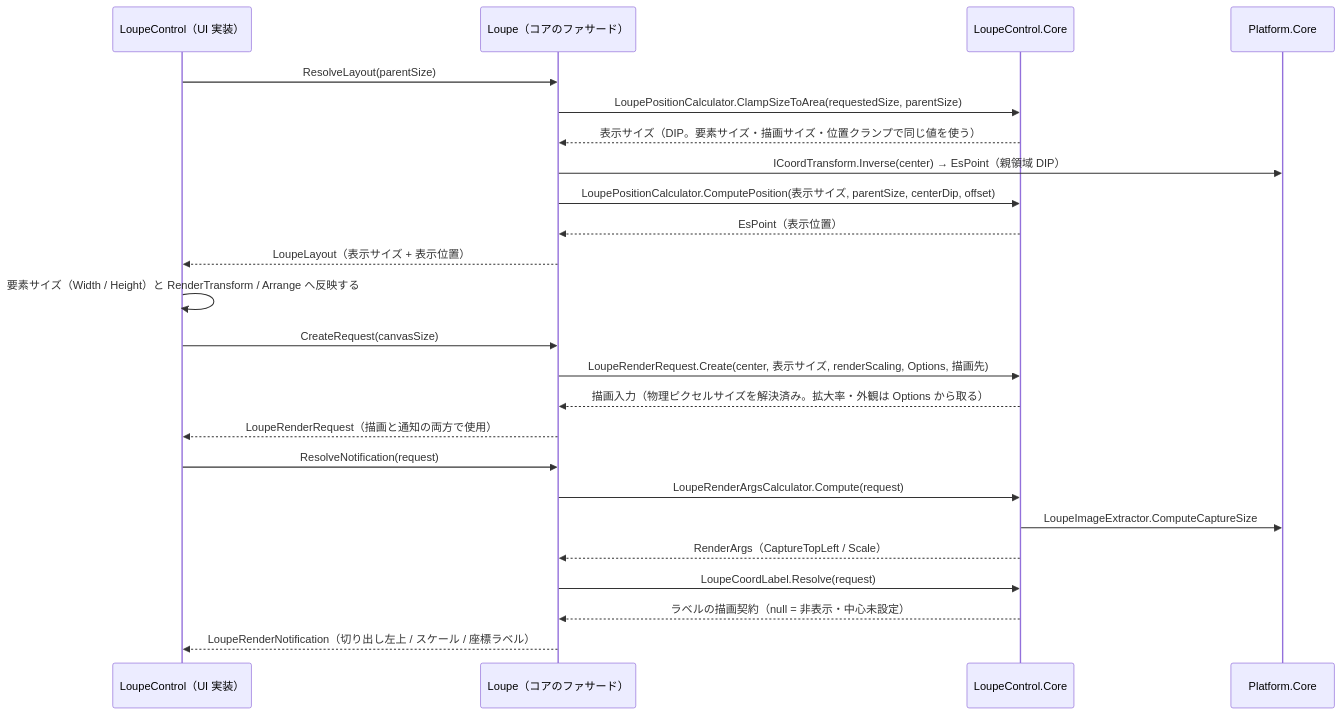
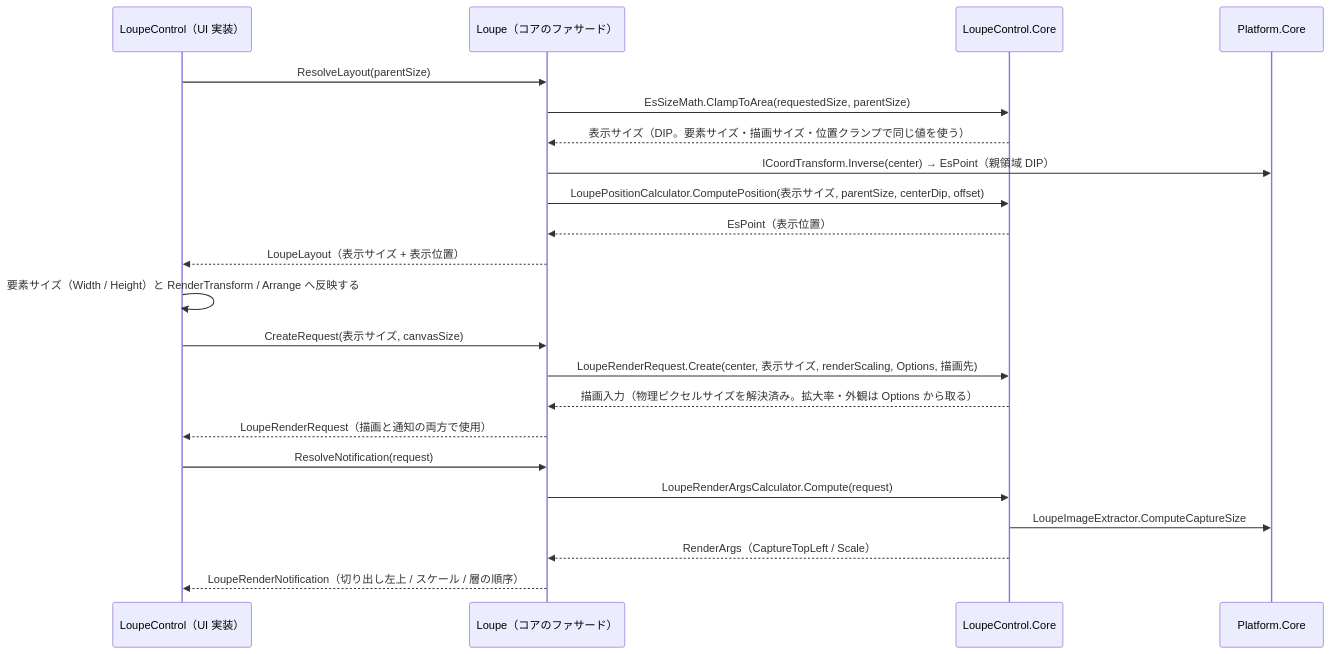
Before and after one commit to tomokuni/SaveEvidence: the second of 2 diagrams in src/LoupeControl.Core/SPEC_System.md, drawn with Mermaid. The commit also changed other lines of this file and 220 other files, not shown here.

````diff
--- a/src/LoupeControl.Core/SPEC_System.md
+++ b/src/LoupeControl.Core/SPEC_System.md
@@ -52,29 +57,27 @@
 ```mermaid
 sequenceDiagram
   participant UI as LoupeControl（UI 実装）
   participant Fac as Loupe（コアのファサード）
   participant Core as LoupeControl.Core
   participant PC as Platform.Core
 
   UI->>Fac: ResolveLayout(parentSize)
-  Fac->>Core: LoupePositionCalculator.ClampSizeToArea(requestedSize, parentSize)
+  Fac->>Core: EsSizeMath.ClampToArea(requestedSize, parentSize)
   Core-->>Fac: 表示サイズ（DIP。要素サイズ・描画サイズ・位置クランプで同じ値を使う）
   Fac->>PC: ICoordTransform.Inverse(center) → EsPoint（親領域 DIP）
   Fac->>Core: LoupePositionCalculator.ComputePosition(表示サイズ, parentSize, centerDip, offset)
   Core-->>Fac: EsPoint（表示位置）
   Fac-->>UI: LoupeLayout（表示サイズ + 表示位置）
   UI->>UI: 要素サイズ（Width / Height）と RenderTransform / Arrange へ反映する
 
-  UI->>Fac: CreateRequest(canvasSize)
+  UI->>Fac: CreateRequest(表示サイズ, canvasSize)
   Fac->>Core: LoupeRenderRequest.Create(center, 表示サイズ, renderScaling, Options, 描画先)
   Core-->>Fac: 描画入力（物理ピクセルサイズを解決済み。拡大率・外観は Options から取る）
   Fac-->>UI: LoupeRenderRequest（描画と通知の両方で使用）
 
   UI->>Fac: ResolveNotification(request)
   Fac->>Core: LoupeRenderArgsCalculator.Compute(request)
   Core->>PC: LoupeImageExtractor.ComputeCaptureSize
   Core-->>Fac: RenderArgs（CaptureTopLeft / Scale）
-  Fac->>Core: LoupeCoordLabel.Resolve(request)
-  Core-->>Fac: ラベルの描画契約（null = 非表示・中心未設定）
-  Fac-->>UI: LoupeRenderNotification（切り出し左上 / スケール / 座標ラベル）
+  Fac-->>UI: LoupeRenderNotification（切り出し左上 / スケール / 層の順序）
 ```
````
